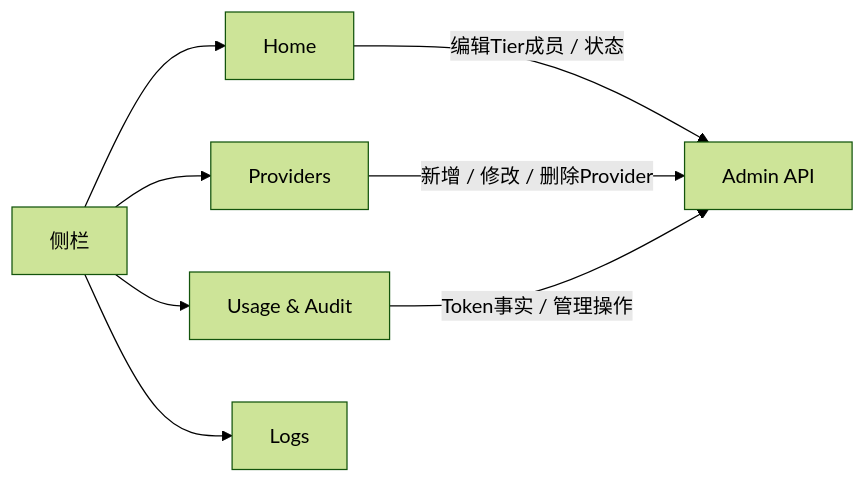
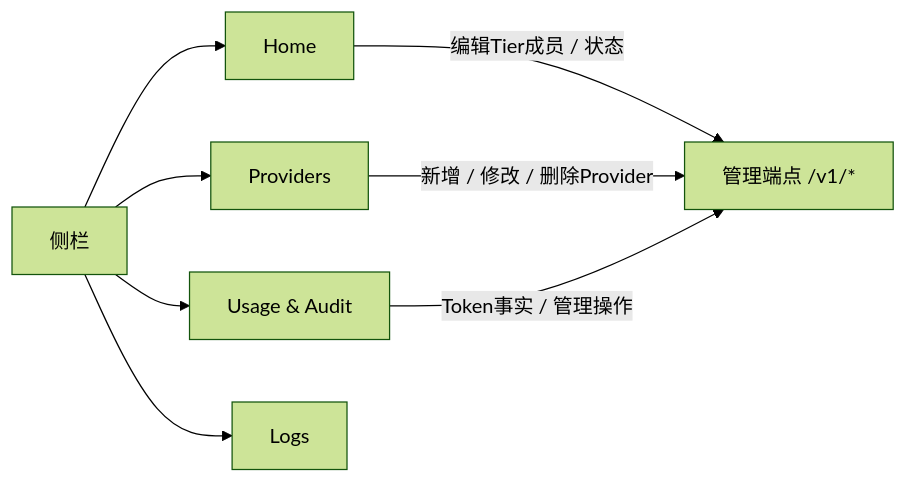
The sixth of 6 diagrams in docs/20_system_design/llmtier-system-design.md (corezilla/LLMTier), drawn with Mermaid (forest theme) before and after one commit. The commit also changed other lines of this file and 117 other files, not shown here.

````diff
--- a/docs/20_system_design/llmtier-system-design.md
+++ b/docs/20_system_design/llmtier-system-design.md
@@ -242,10 +253,10 @@
 ```mermaid
 flowchart LR
   NAV[侧栏] --> HOME[Home]
   NAV --> PROVIDERS[Providers]
   NAV --> RECORDS[Usage & Audit]
   NAV --> LOGUI[Logs]
-  HOME -->|编辑Tier成员 / 状态| MAPI[Admin API]
+  HOME -->|编辑Tier成员 / 状态| MAPI["管理端点 /v1/*"]
   PROVIDERS -->|新增 / 修改 / 删除Provider| MAPI
   RECORDS -->|Token事实 / 管理操作| MAPI
 ```
````
